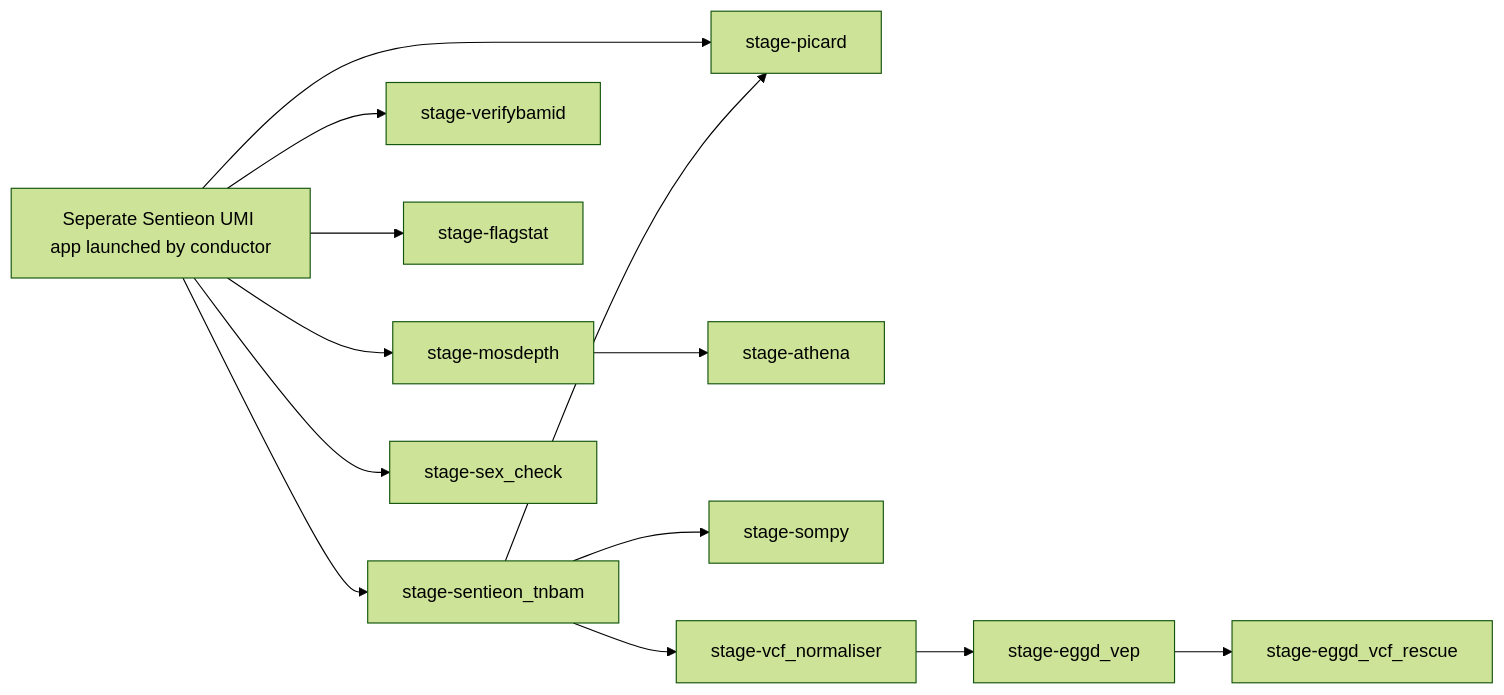
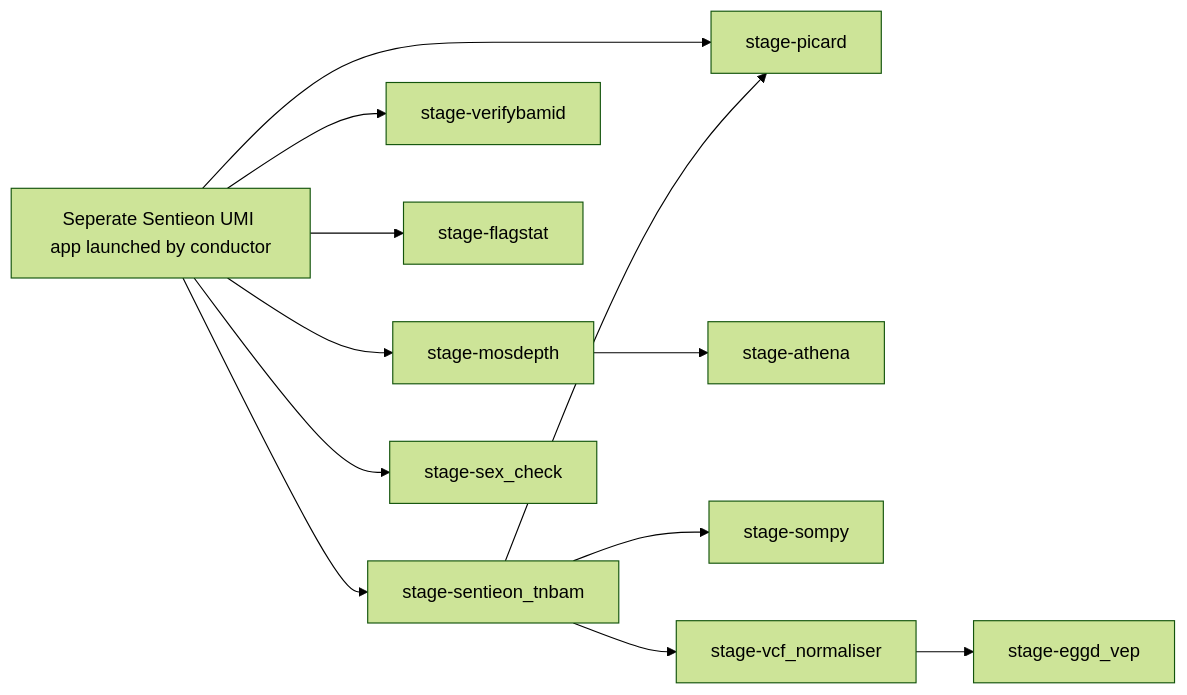
One commit to eastgenomics/eggd_atlas_main_workflow changed the diagram in README.md. Above: the diagram before and after it, drawn with Mermaid (forest theme). The commit also changed 1 other file, not shown here.

Commit message:
Remove VCF rescue as will be replaced by whitelist and filter string.

````diff
--- a/README.md
+++ b/README.md
@@ -26,33 +26,31 @@
 ```mermaid
 graph LR
   S_UMI["Seperate Sentieon UMI app launched by conductor"]
   S_TNBAM["stage-sentieon_tnbam"]
   VERIFY["stage-verifybamid"]
   PICARD["stage-picard"]
   FLAG["stage-flagstat"]
   MOS["stage-mosdepth"]
   ATH["stage-athena"]
   SEX["stage-sex_check"]
   SOMPY["stage-sompy"]
   VCF_NORM["stage-vcf_normaliser"]
   VEP["stage-eggd_vep"]
-  RESCUE["stage-eggd_vcf_rescue"]
 
   %% Primary data flow edges (from JSON links)
   S_UMI --> S_TNBAM
   S_UMI --> VERIFY
   S_UMI --> PICARD
   S_TNBAM --> PICARD
   S_UMI --> FLAG
   S_UMI --> MOS
   MOS --> ATH
   S_UMI --> SEX
   S_TNBAM --> SOMPY
 
   %% VCF normalization / annotation flow
   S_TNBAM --> VCF_NORM
   VCF_NORM --> VEP
-  VEP --> RESCUE
 
 
 ```
````
